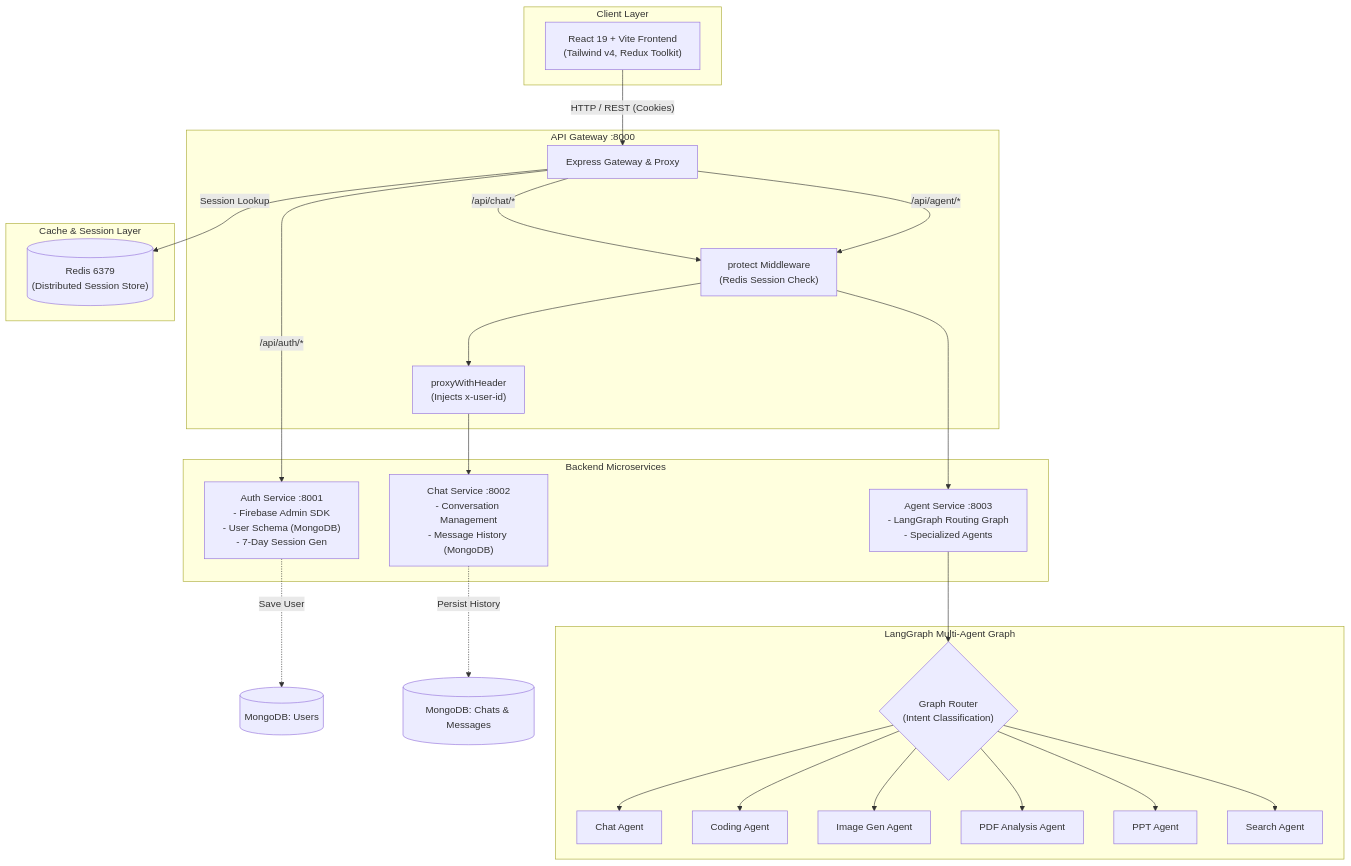
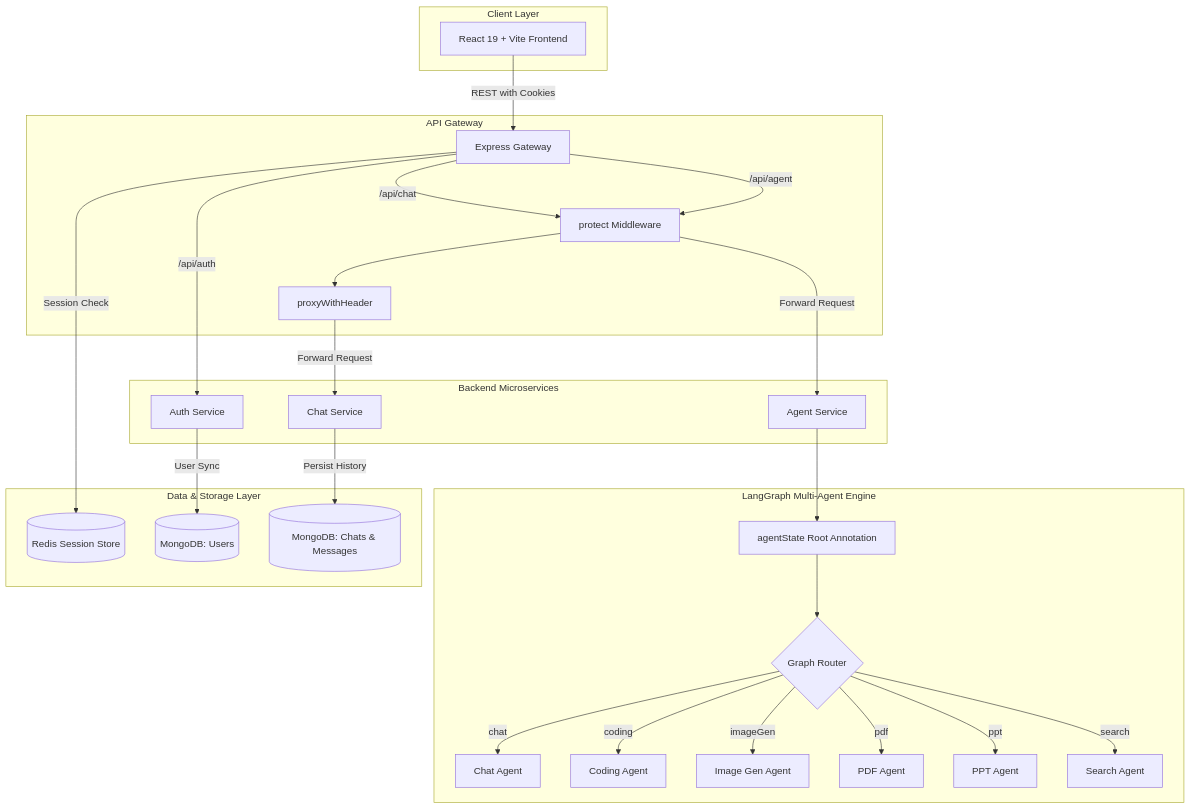
One commit to mdKaif-04/nexus_node changed the diagram in README.md. Above: the diagram before and after it, drawn with Mermaid. The commit also changed other lines of this file, not shown here.

Commit message:
update readme.md file

````diff
--- a/README.md
+++ b/README.md
@@ -27,49 +27,57 @@
 ```mermaid
 flowchart TD
-    subgraph Client ["Client Layer"]
-        UI["React 19 + Vite Frontend<br/>(Tailwind v4, Redux Toolkit)"]
+    subgraph Client [Client Layer]
+        UI["React 19 + Vite Frontend"]
     end
 
-    subgraph Ingress ["API Gateway :8000"]
-        GW["Express Gateway & Proxy"]
-        AuthMiddleware["protect Middleware<br/>(Redis Session Check)"]
-        HeaderEnricher["proxyWithHeader<br/>(Injects x-user-id)"]
+    subgraph Gateway [API Gateway]
+        GW["Express Gateway"]
+        AuthMiddleware["protect Middleware"]
+        HeaderEnricher["proxyWithHeader"]
     end
 
-    subgraph CacheStore ["Cache & Session Layer"]
-        Redis[("Redis 6379<br/>(Distributed Session Store)")]
+    subgraph DataLayer [Data & Storage Layer]
+        Redis[("Redis Session Store")]
+        MongoUsers[("MongoDB: Users")]
+        MongoChats[("MongoDB: Chats & Messages")]
     end
 
-    subgraph Services ["Backend Microservices"]
-        AuthService["Auth Service :8001<br/>- Firebase Admin SDK<br/>- User Schema (MongoDB)<br/>- 7-Day Session Gen"]
-        ChatService["Chat Service :8002<br/>- Conversation Management<br/>- Message History (MongoDB)"]
-        AgentService["Agent Service :8003<br/>- LangGraph Routing Graph<br/>- Specialized Agents"]
+    subgraph Services [Backend Microservices]
+        AuthService["Auth Service"]
+        ChatService["Chat Service"]
+        AgentService["Agent Service"]
     end
 
-    subgraph MultiAgentEngine ["LangGraph Multi-Agent Graph"]
-        Router{"Graph Router<br/>(Intent Classification)"}
+    subgraph AgentGraph [LangGraph Multi-Agent Engine]
+        StateDef["agentState Root Annotation"]
+        Router{"Graph Router"}
         ChatAgent["Chat Agent"]
         CodingAgent["Coding Agent"]
         ImageAgent["Image Gen Agent"]
-        PDFAgent["PDF Analysis Agent"]
+        PDFAgent["PDF Agent"]
         PPTAgent["PPT Agent"]
         SearchAgent["Search Agent"]
     end
 
-    UI -->|"HTTP / REST (Cookies)"| GW
-    GW -->|"Session Lookup"| Redis
-    GW -->|"/api/auth/*"| AuthService
-    GW -->|"/api/chat/*"| AuthMiddleware --> HeaderEnricher --> ChatService
-    GW -->|"/api/agent/*"| AuthMiddleware --> AgentService
+    UI -->|REST with Cookies| GW
+    GW -->|Session Check| Redis
+    GW -->|/api/auth| AuthService
+    GW -->|/api/chat| AuthMiddleware
+    GW -->|/api/agent| AuthMiddleware
 
-    AuthService -.->|"Save User"| MongoUsers[("MongoDB: Users")]
-    ChatService -.->|"Persist History"| MongoChats[("MongoDB: Chats & Messages")]
+    AuthMiddleware --> HeaderEnricher
+    HeaderEnricher -->|Forward Request| ChatService
+    AuthMiddleware -->|Forward Request| AgentService
 
-    AgentService --> Router
-    Router --> ChatAgent
-    Router --> CodingAgent
-    Router --> ImageAgent
-    Router --> PDFAgent
-    Router --> PPTAgent
-    Router --> SearchAgent
+    AuthService -->|User Sync| MongoUsers
+    ChatService -->|Persist History| MongoChats
+
+    AgentService --> StateDef
+    StateDef --> Router
+    Router -->|chat| ChatAgent
+    Router -->|coding| CodingAgent
+    Router -->|imageGen| ImageAgent
+    Router -->|pdf| PDFAgent
+    Router -->|ppt| PPTAgent
+    Router -->|search| SearchAgent
 ```
````
